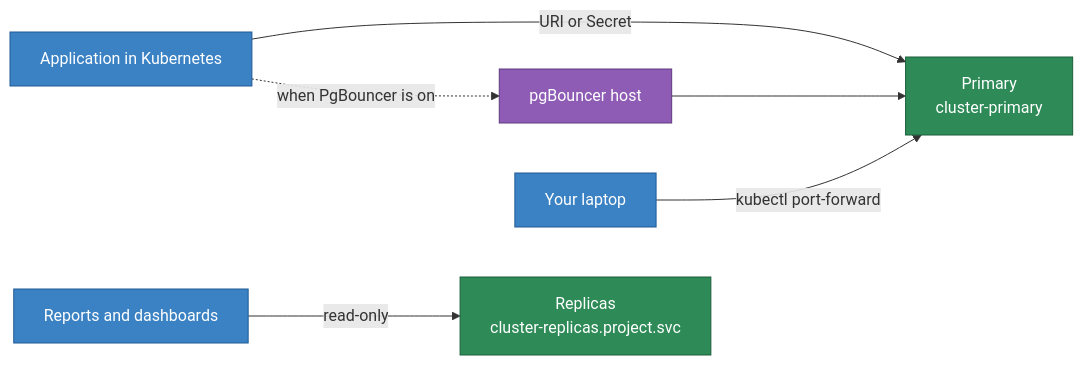
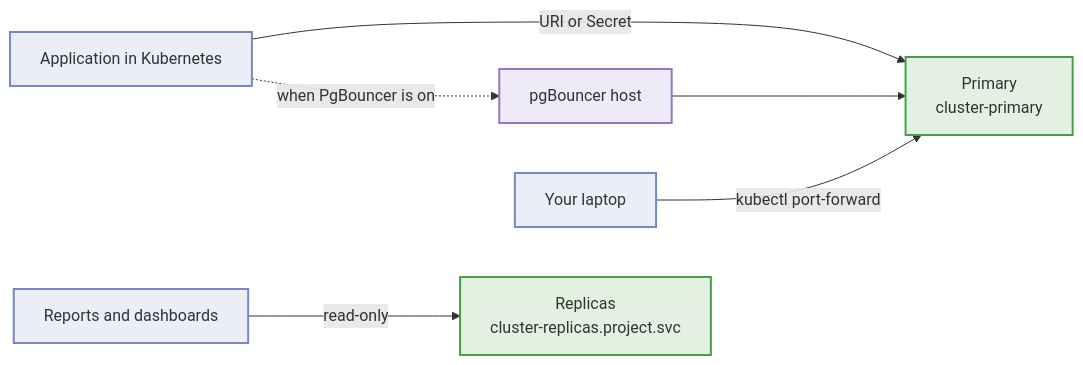
The sixth of 8 diagrams in docs/console.md (AdityaPanchall/keenpg-documentation), drawn with Mermaid before and after one commit. The commit also changed other lines of this file and 8 other files, not shown here.

````diff
--- a/docs/console.md
+++ b/docs/console.md
@@ -716,15 +675,15 @@
 ```mermaid
 flowchart LR
     APP["Application in Kubernetes"] -->|"URI or Secret"| PRI["Primary<br/>cluster-primary"]
     APP -.->|"when PgBouncer is on"| PGB["pgBouncer host"]
     PGB --> PRI
     REP["Reports and dashboards"] -->|"read-only"| RPL["Replicas<br/>cluster-replicas.project.svc"]
     LAP["Your laptop"] -->|"kubectl port-forward"| PRI
 
-    classDef step fill:#3b82c4,stroke:#1e5a94,color:#fff
-    classDef ok fill:#2e8b57,stroke:#1c5e3a,color:#fff
-    classDef opt fill:#8e5bb5,stroke:#5f3a80,color:#fff
+    classDef step fill:#7986cb26,stroke:#7986cb,stroke-width:2px
+    classDef ok fill:#43a04726,stroke:#43a047,stroke-width:2px
+    classDef opt fill:#9575cd26,stroke:#9575cd,stroke-width:2px
     class APP,REP,LAP step
     class PRI,RPL ok
     class PGB opt
 ```
````
